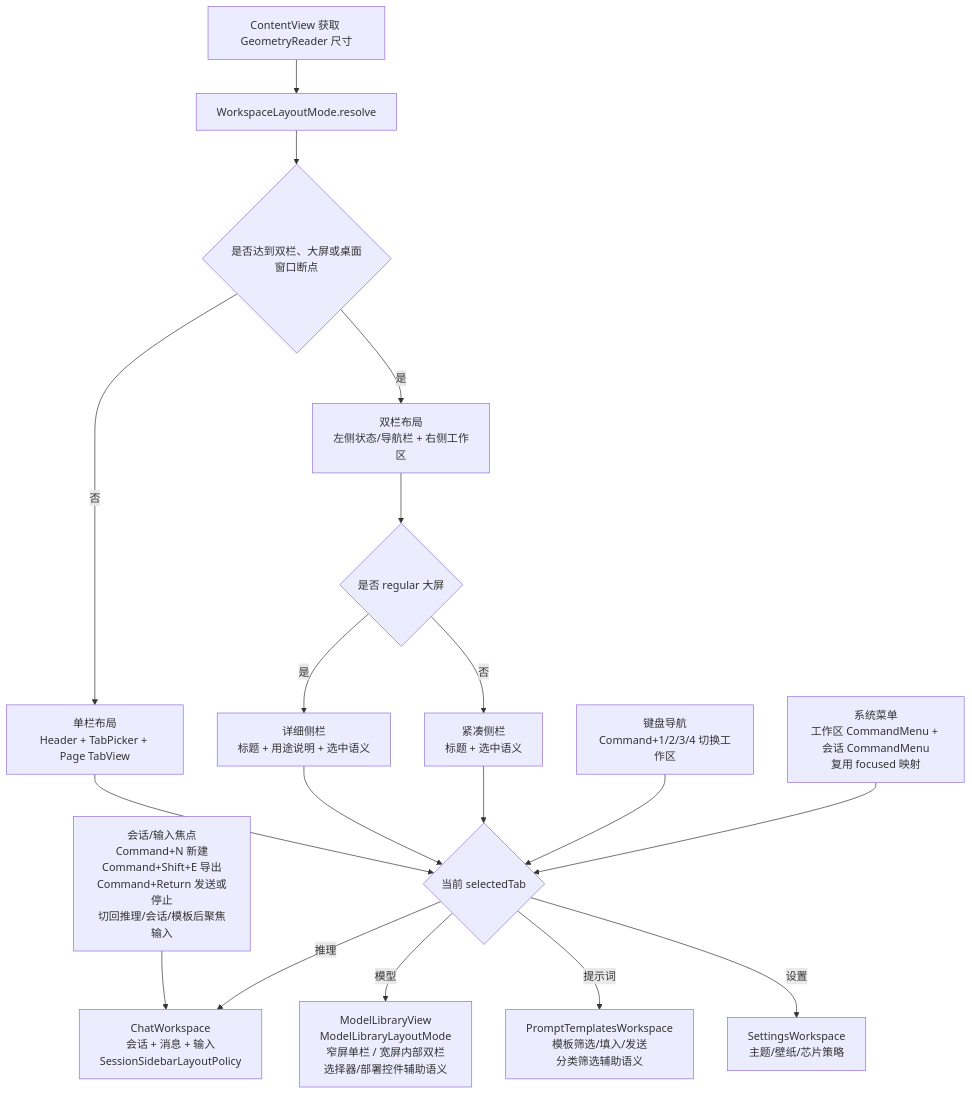
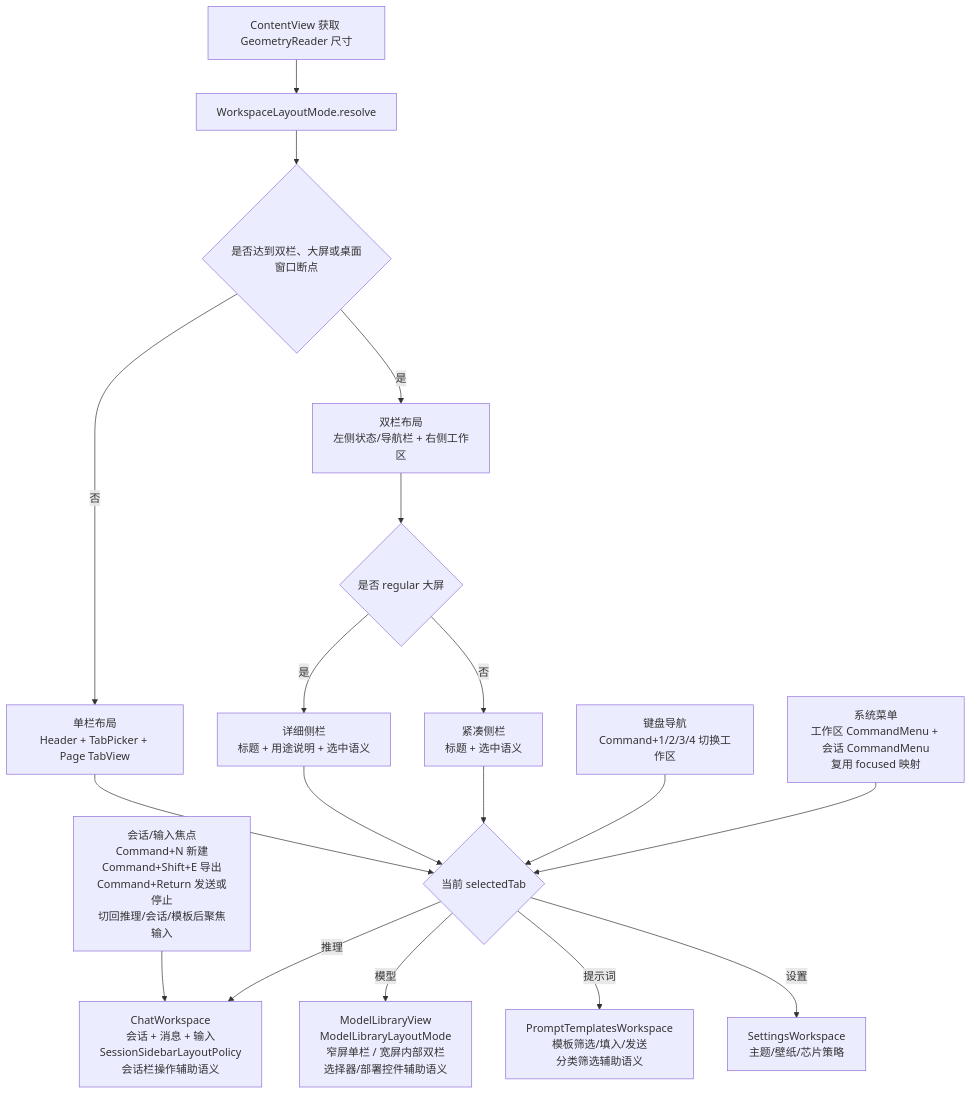
The fourth of 9 diagrams in md/flow/flowchart.md (Altman-sam114/113), drawn with Mermaid before and after one commit. The commit also changed other lines of this file and 8 other files, not shown here.

````diff
--- a/md/flow/flowchart.md
+++ b/md/flow/flowchart.md
@@ -68,20 +68,20 @@
 ```mermaid
 flowchart TD
     A[ContentView 获取 GeometryReader 尺寸] --> B[WorkspaceLayoutMode.resolve]
     B --> C{是否达到双栏、大屏或桌面窗口断点}
     C -- 否 --> D[单栏布局<br/>Header + TabPicker + Page TabView]
     C -- 是 --> E[双栏布局<br/>左侧状态/导航栏 + 右侧工作区]
     E --> N{是否 regular 大屏}
     N -- 是 --> O[详细侧栏<br/>标题 + 用途说明 + 选中语义]
     N -- 否 --> P[紧凑侧栏<br/>标题 + 选中语义]
     D --> F{当前 selectedTab}
     O --> F
     P --> F
     K[键盘导航<br/>Command+1/2/3/4 切换工作区] --> F
     M[系统菜单<br/>工作区 CommandMenu + 会话 CommandMenu<br/>复用 focused 映射] --> F
     L[会话/输入焦点<br/>Command+N 新建<br/>Command+Shift+E 导出<br/>Command+Return 发送或停止<br/>切回推理/会话/模板后聚焦输入] --> G
-    F -- 推理 --> G[ChatWorkspace<br/>会话 + 消息 + 输入<br/>SessionSidebarLayoutPolicy]
+    F -- 推理 --> G[ChatWorkspace<br/>会话 + 消息 + 输入<br/>SessionSidebarLayoutPolicy<br/>会话栏操作辅助语义]
     F -- 模型 --> H[ModelLibraryView<br/>ModelLibraryLayoutMode<br/>窄屏单栏 / 宽屏内部双栏<br/>选择器/部署控件辅助语义]
     F -- 提示词 --> I[PromptTemplatesWorkspace<br/>模板筛选/填入/发送<br/>分类筛选辅助语义]
     F -- 设置 --> J[SettingsWorkspace<br/>主题/壁纸/芯片策略]
 ```
````
